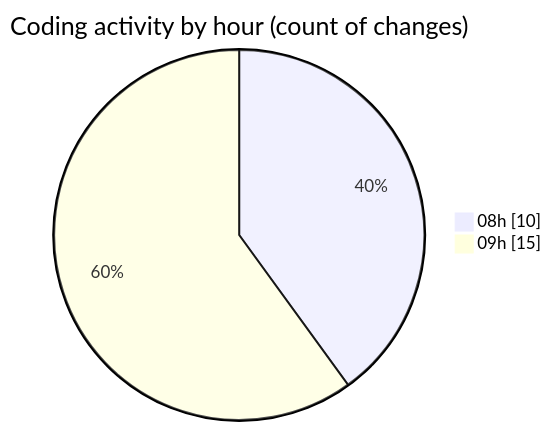
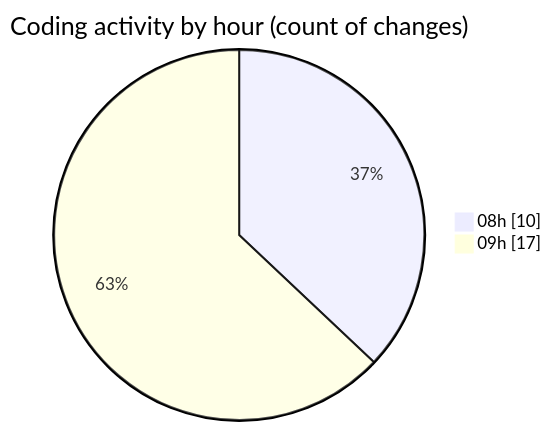
One commit to LanceThiago/code-tracking changed the second of 2 diagrams in 2025-01-07/nueva_carpeta/README.md. Above: the diagram before and after it, drawn with Mermaid. The commit also changed other lines of this file and 1 other file, not shown here.

````diff
--- a/2025-01-07/nueva_carpeta/README.md
+++ b/2025-01-07/nueva_carpeta/README.md
@@ -28,6 +28,6 @@
 ```mermaid
 pie showData
 title Coding activity by hour (count of changes)
 "08h" : 10
-"09h" : 15
+"09h" : 17
 ```
````
